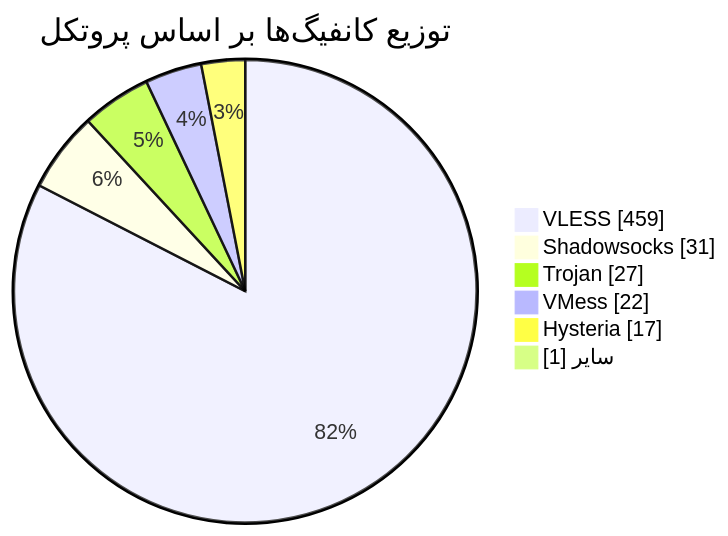
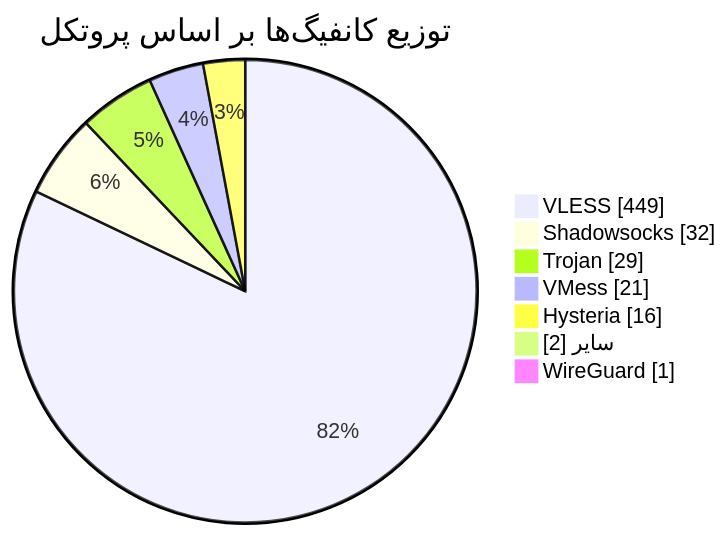
The diagram in README.md (Arian-Alijani/Somthing), drawn with Mermaid before and after one commit. The commit also changed other lines of this file and 87 other files, not shown here.

````diff
--- a/README.md
+++ b/README.md
@@ -48,10 +49,11 @@
 ```mermaid
 pie showData
     title توزیع کانفیگ‌ها بر اساس پروتکل
-    "VLESS" : 459
-    "Shadowsocks" : 31
-    "Trojan" : 27
-    "VMess" : 22
-    "Hysteria" : 17
-    "سایر" : 1
+    "VLESS" : 449
+    "Shadowsocks" : 32
+    "Trojan" : 29
+    "VMess" : 21
+    "Hysteria" : 16
+    "سایر" : 2
+    "WireGuard" : 1
 ```
````
